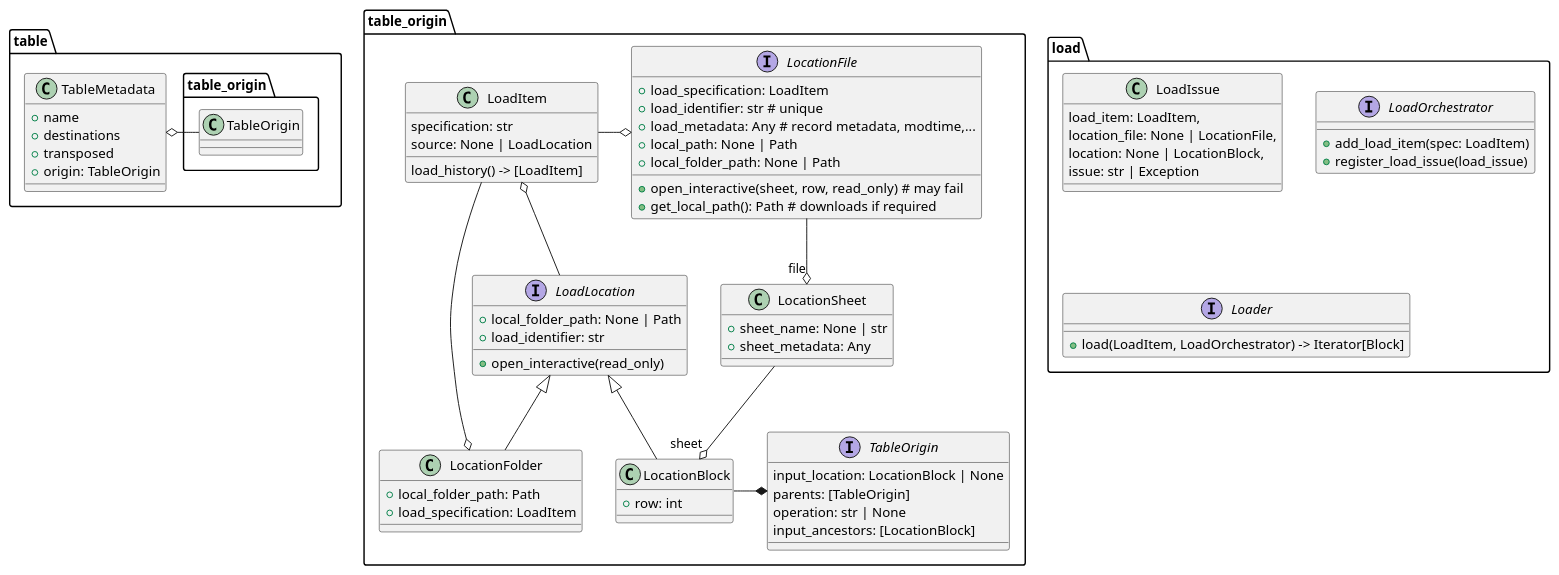
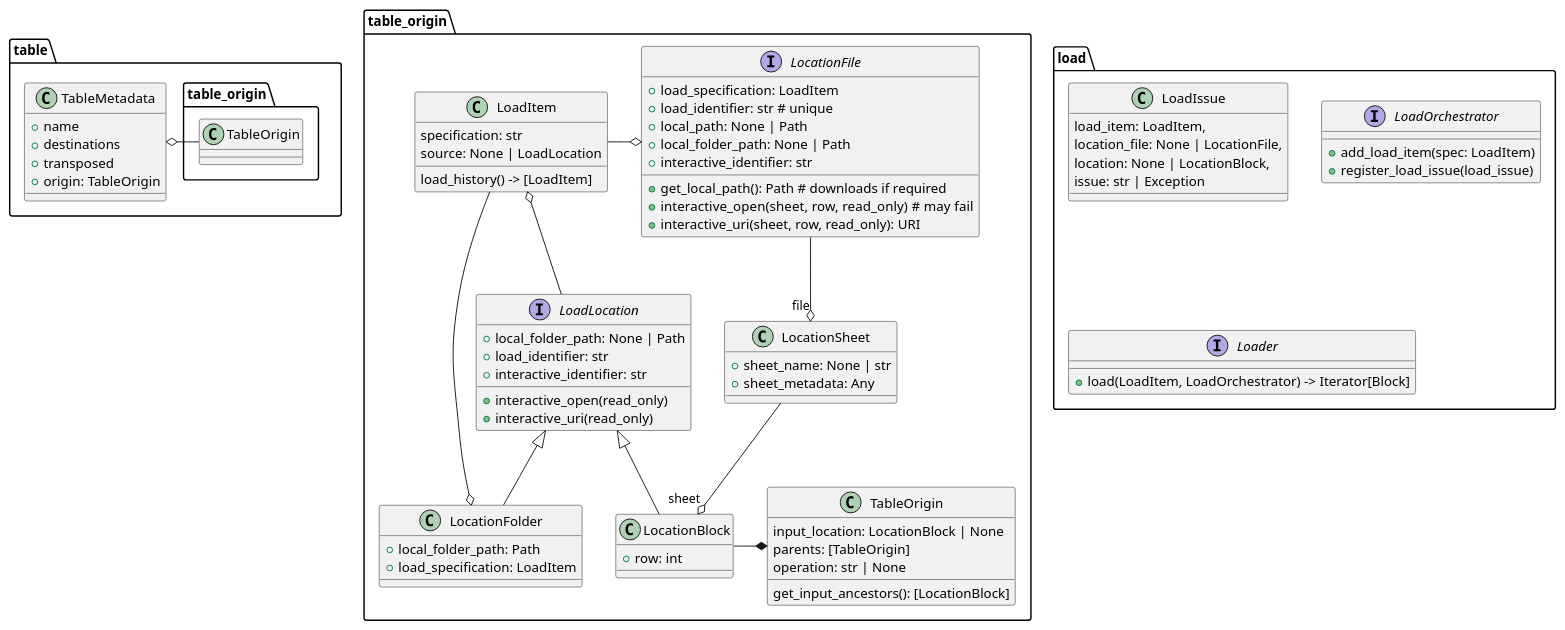
The diagram in docs/diagrams/src/table_origin.puml (startable/pdtable), drawn with PlantUML before and after one commit. The commit also changed 1 other file, not shown here.

Commit message:
Add `interactive_uri` method to `LocationFile`

```diff
--- a/docs/diagrams/src/table_origin.puml
+++ b/docs/diagrams/src/table_origin.puml
@@ -9,92 +9,95 @@
 @startuml Table Origin
 
 namespace load {
     class LoadIssue {
         load_item: LoadItem,
         location_file: None | LocationFile,
         location: None | LocationBlock,
         issue: str | Exception
     }
 
     interface LoadOrchestrator {
         + add_load_item(spec: LoadItem)
         + register_load_issue(load_issue)
     }
 
     interface Loader {
         + load(LoadItem, LoadOrchestrator) -> Iterator[Block]
     }
 }
 
 namespace table {
     class TableMetadata {
         + name
         + destinations
         + transposed
         + origin: TableOrigin
 
     }
     table_origin.TableOrigin -o TableMetadata
 }
 
 namespace table_origin {
     class LoadItem  {
         specification: str
         source: None | LoadLocation
         load_history() -> [LoadItem]
     }
 
     class LocationFolder {
         + local_folder_path: Path
         + load_specification: LoadItem
     }
 
     LoadItem o-- LoadLocation
     LoadLocation <|-- LocationBlock
     LoadLocation <|-- LocationFolder
 
     LoadItem --o LocationFolder
 
     interface LoadLocation {
         + local_folder_path: None | Path
         + load_identifier: str
-        + open_interactive(read_only)
+        + interactive_open(read_only)
+        + interactive_uri(read_only)
+        + interactive_identifier: str
     }
 
     interface LocationFile {
         + load_specification: LoadItem 
         + load_identifier: str # unique
-        + load_metadata: Any  # record metadata, modtime,...
-        + open_interactive(sheet, row, read_only)  # may fail
         + local_path: None | Path
         + local_folder_path: None | Path
         + get_local_path(): Path # downloads if required
+        + interactive_open(sheet, row, read_only)  # may fail
+        + interactive_uri(sheet, row, read_only): URI
+        + interactive_identifier: str 
     }
 
     LoadItem  -o LocationFile
 
     class LocationSheet {
     + sheet_name: None | str
     + sheet_metadata: Any
     }
 
     LocationFile --o "file" LocationSheet
 
     class LocationBlock {
     + row: int
     }
 
     LocationSheet --o "sheet" LocationBlock
 
 
-    interface TableOrigin {
+    class TableOrigin {
         input_location: LocationBlock | None
         parents: [TableOrigin]
         operation: str | None
-        input_ancestors: [LocationBlock]
+        get_input_ancestors(): [LocationBlock]
     }
 
     LocationBlock -* TableOrigin
 }
 
 @enduml
```
